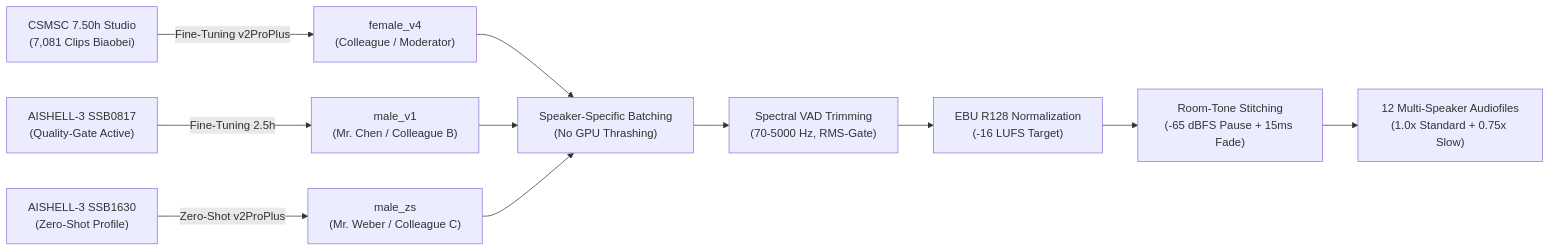
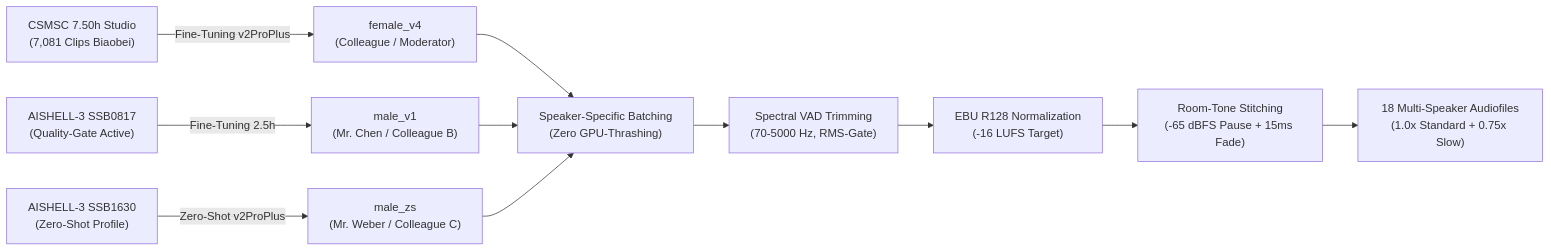
One commit to NikkuIsRyu/Nikku.github.io changed the second of 2 diagrams in src/content/docs/lectures/languages/chinese/en/index.mdx. Above: the diagram before and after it, drawn with Mermaid. The commit also changed other lines of this file and 8 other files, not shown here.

````diff
--- a/src/content/docs/lectures/languages/chinese/en/index.mdx
+++ b/src/content/docs/lectures/languages/chinese/en/index.mdx
@@ -724,12 +521,12 @@
 ```mermaid
 flowchart LR
     A["CSMSC 7.50h Studio<br/>(7,081 Clips Biaobei)"] -->|Fine-Tuning v2ProPlus| F["female_v4<br/>(Colleague / Moderator)"]
     B["AISHELL-3 SSB0817<br/>(Quality-Gate Active)"] -->|Fine-Tuning 2.5h| M1["male_v1<br/>(Mr. Chen / Colleague B)"]
     C["AISHELL-3 SSB1630<br/>(Zero-Shot Profile)"] -->|Zero-Shot v2ProPlus| M2["male_zs<br/>(Mr. Weber / Colleague C)"]
     
-    F & M1 & M2 --> S["Speaker-Specific Batching<br/>(No GPU Thrashing)"]
+    F & M1 & M2 --> S["Speaker-Specific Batching<br/>(Zero GPU-Thrashing)"]
     S --> VAD["Spectral VAD Trimming<br/>(70-5000 Hz, RMS-Gate)"]
     VAD --> N["EBU R128 Normalization<br/>(-16 LUFS Target)"]
     N --> R["Room-Tone Stitching<br/>(-65 dBFS Pause + 15ms Fade)"]
-    R --> OUT["12 Multi-Speaker Audiofiles<br/>(1.0x Standard + 0.75x Slow)"]
+    R --> OUT["18 Multi-Speaker Audiofiles<br/>(1.0x Standard + 0.75x Slow)"]
 ```
````
